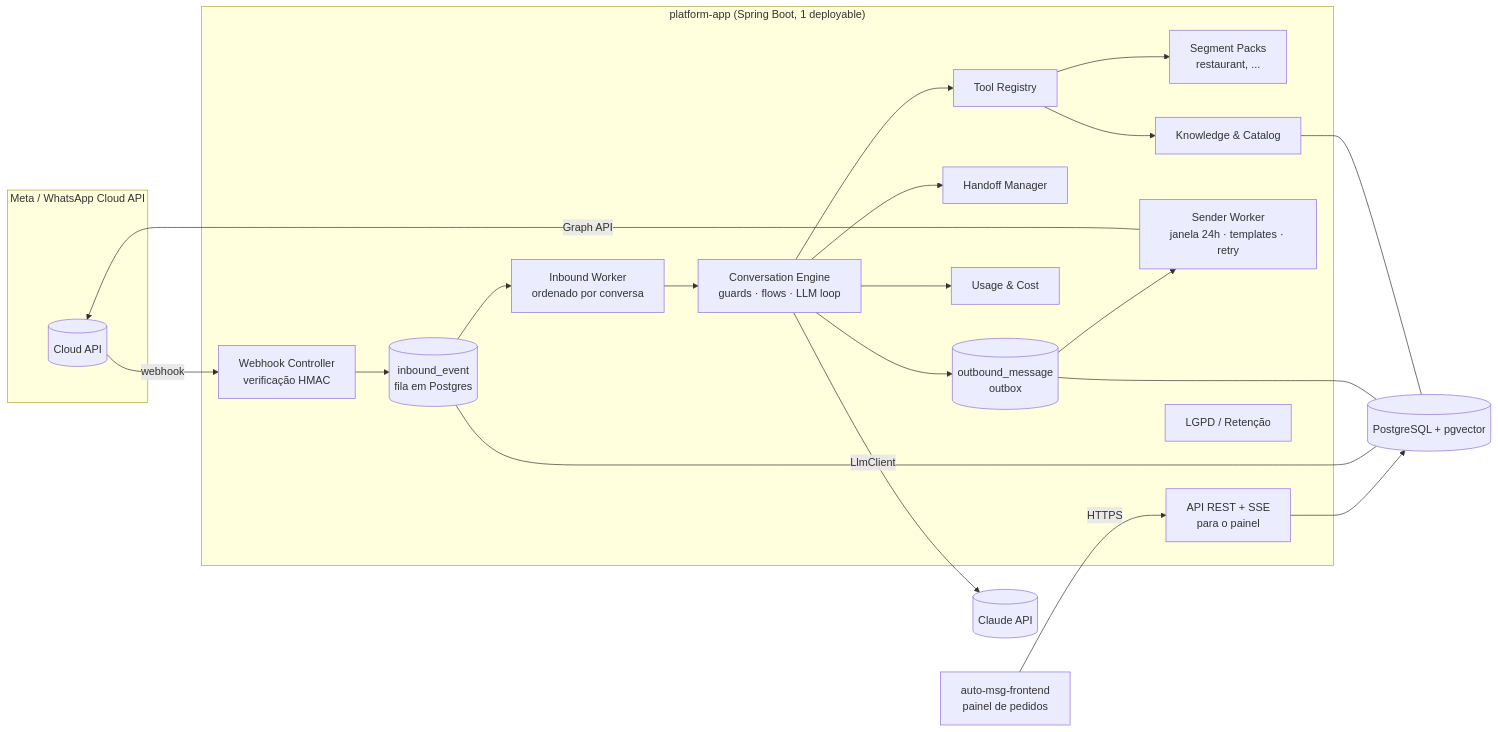
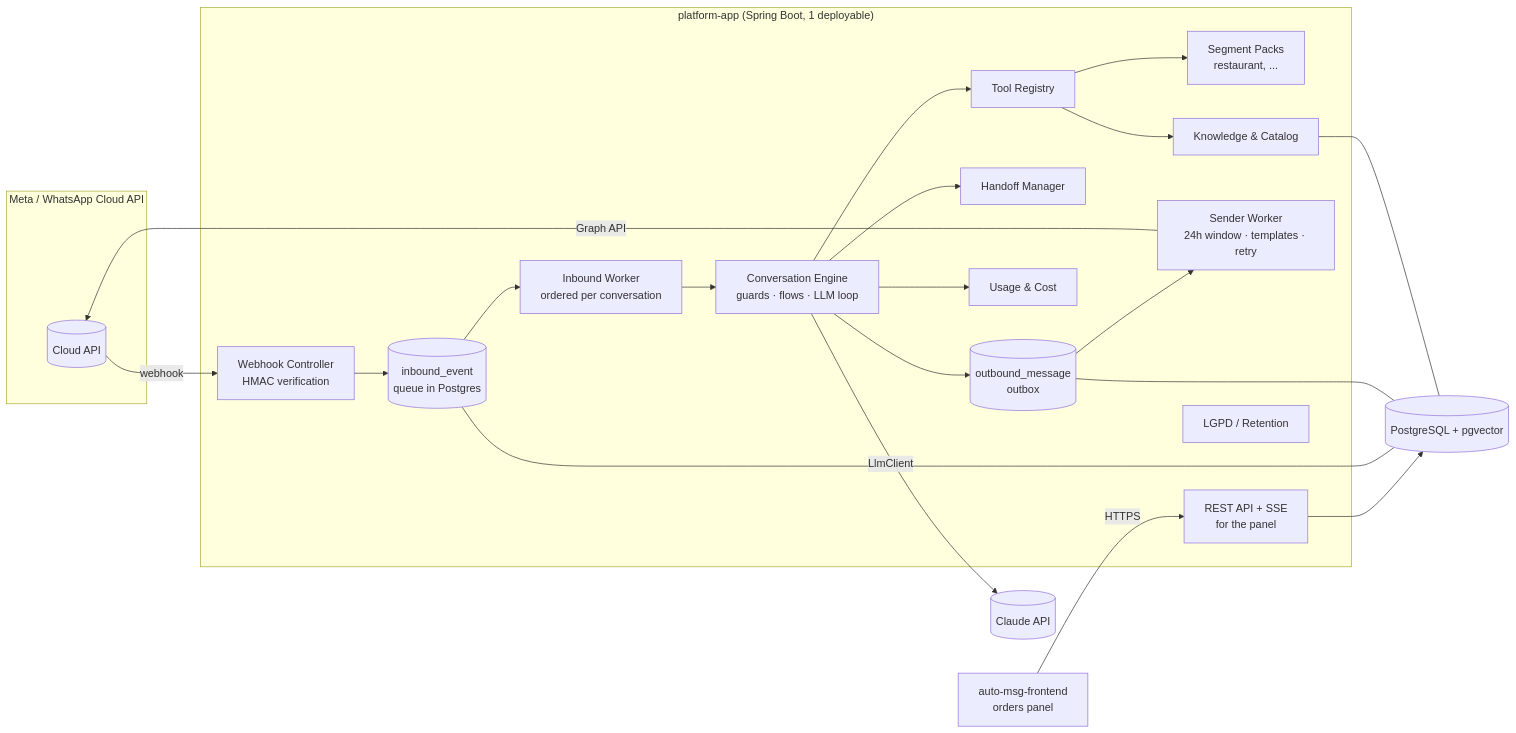
One commit to alexandreluchetti/auto-msg-backend changed the first of 3 diagrams in docs/ARCHITECTURE.md. Above: the diagram before and after it, drawn with Mermaid. The commit also changed other lines of this file and 56 other files, not shown here.

````diff
--- a/docs/ARCHITECTURE.md
+++ b/docs/ARCHITECTURE.md
@@ -41,34 +42,34 @@
 ```mermaid
 flowchart LR
     subgraph Meta["Meta / WhatsApp Cloud API"]
         WA[(Cloud API)]
     end
     subgraph App["platform-app (Spring Boot, 1 deployable)"]
-        WH[Webhook Controller<br/>verificação HMAC]
-        IQ[(inbound_event<br/>fila em Postgres)]
-        WK[Inbound Worker<br/>ordenado por conversa]
+        WH[Webhook Controller<br/>HMAC verification]
+        IQ[(inbound_event<br/>queue in Postgres)]
+        WK[Inbound Worker<br/>ordered per conversation]
         CE[Conversation Engine<br/>guards · flows · LLM loop]
         TR[Tool Registry]
         SP[Segment Packs<br/>restaurant, ...]
         KB[Knowledge &amp; Catalog]
         HO[Handoff Manager]
         OB[(outbound_message<br/>outbox)]
-        SN[Sender Worker<br/>janela 24h · templates · retry]
-        API[API REST + SSE<br/>para o painel]
-        LG[LGPD / Retenção]
+        SN[Sender Worker<br/>24h window · templates · retry]
+        API[REST API + SSE<br/>for the panel]
+        LG[LGPD / Retention]
         US[Usage &amp; Cost]
     end
     LLM[(Claude API)]
     PG[(PostgreSQL + pgvector)]
 
     WA -- webhook --> WH --> IQ --> WK --> CE
     CE --> HO
     CE --> TR --> SP
     TR --> KB
     CE -- LlmClient --> LLM
     CE --> OB --> SN -- Graph API --> WA
     API --> PG
-    FE[auto-msg-frontend<br/>painel de pedidos] -- HTTPS --> API
+    FE[auto-msg-frontend<br/>orders panel] -- HTTPS --> API
     CE --> US
     IQ & OB & KB --- PG
 ```
````
